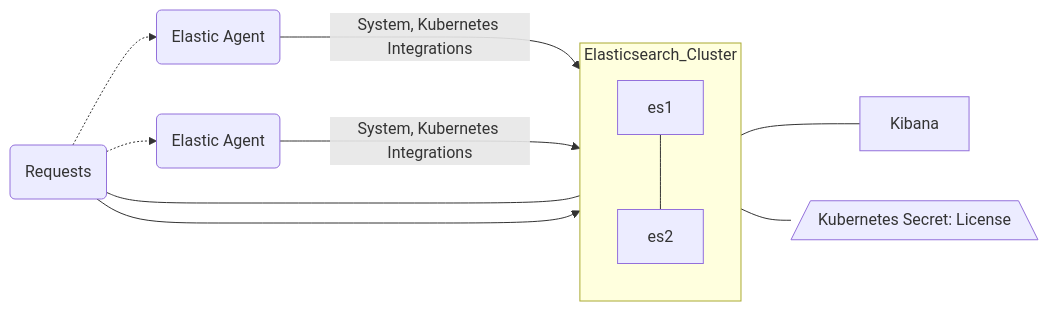
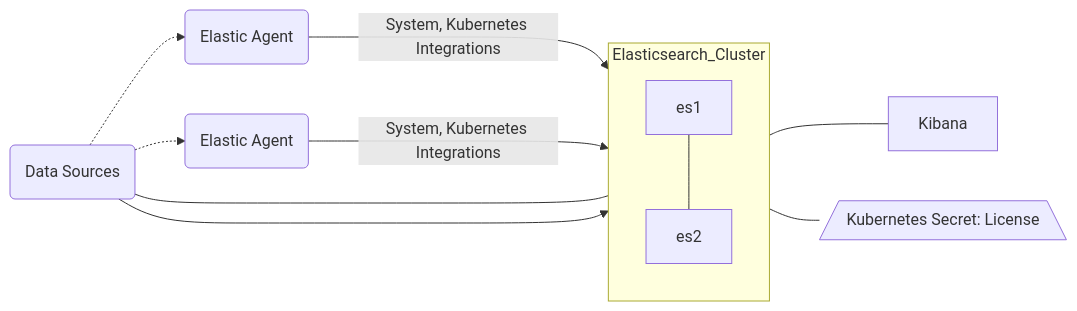
Before and after one commit to jdel12/eck-kittyhawk: the diagram in quickstart/README.md, drawn with Mermaid. The commit also changed other lines of this file and 3 other files, not shown here.

````diff
--- a/quickstart/README.md
+++ b/quickstart/README.md
@@ -5,14 +5,14 @@
 ```mermaid
 flowchart LR
 	req(Fleet Server) -.-> req3
 	req(Fleet Server) -.-> req2
 	req2(Elastic Agent) ---> |System, Kubernetes Integrations|Elasticsearch_Cluster
 	req3(Elastic Agent) ---> |System, Kubernetes Integrations|Elasticsearch_Cluster
 	req(Fleet Server) --- Elasticsearch_Cluster
-	req(Requests) --> Elasticsearch_Cluster
+	req(Data Sources) --> Elasticsearch_Cluster
 	subgraph Elasticsearch_Cluster
 	es1 --- es2
 	end
 	Elasticsearch_Cluster --- Kibana
 	Elasticsearch_Cluster --- A[/Kubernetes Secret: License\]
 ```
````
